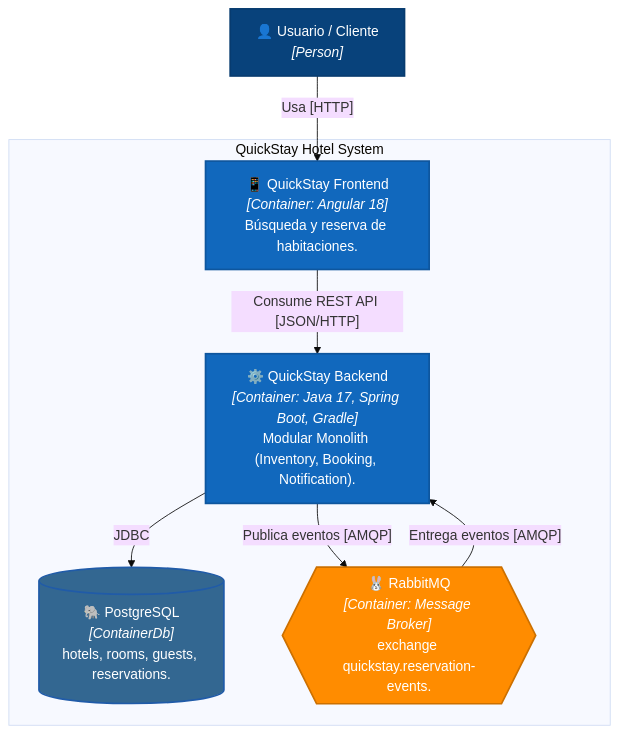
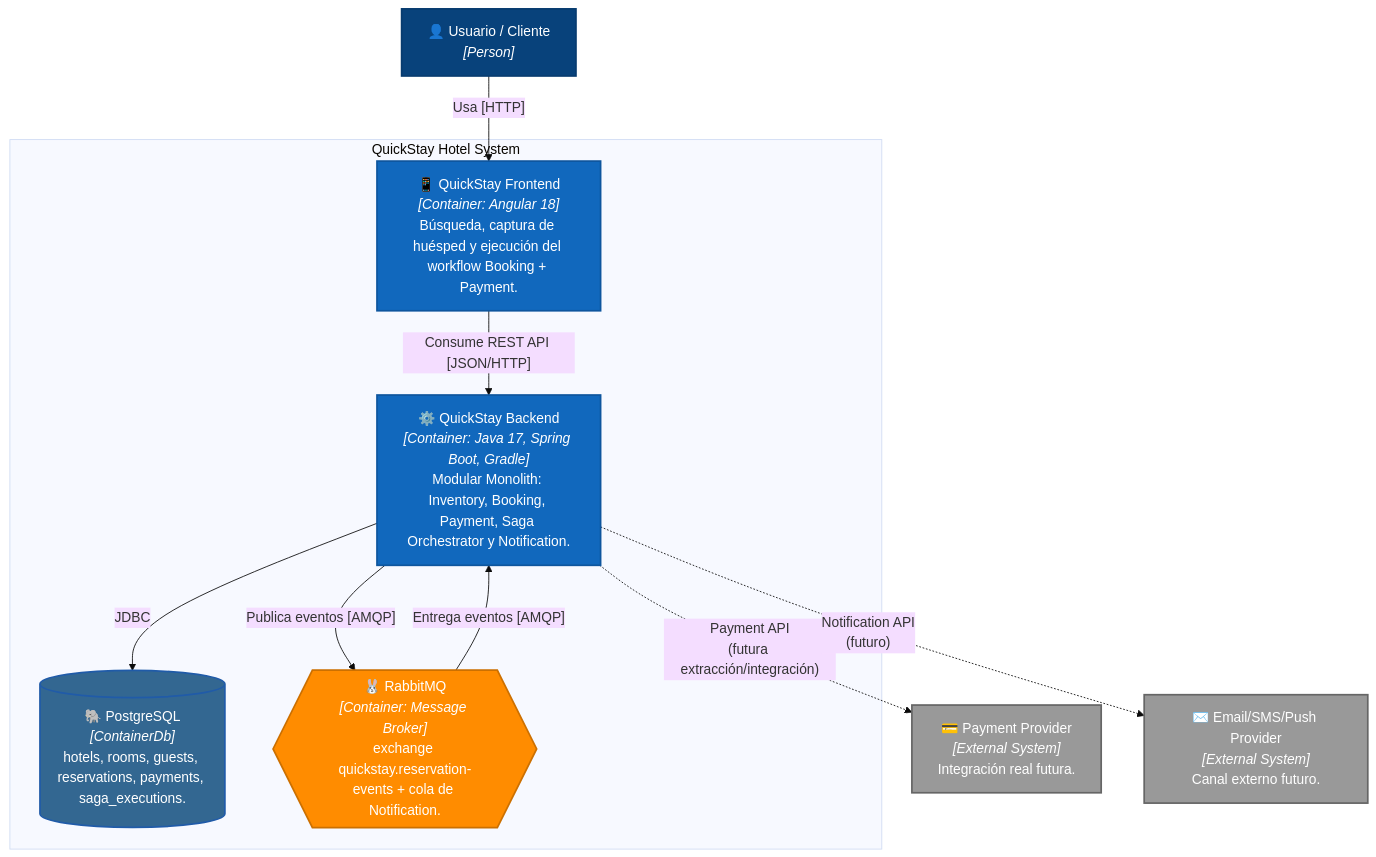
One commit to robertoq17/quickstay-hotel changed the second of 8 diagrams in README.md. Above: the diagram before and after it, drawn with Mermaid (base theme). The commit also changed other lines of this file, not shown here.

First line of the commit message:
add orchestration-based saga for booking and payment

````diff
--- a/README.md
+++ b/README.md
@@ -235,27 +240,34 @@
 ```mermaid
 graph TD
     user["👤 Usuario / Cliente<br/><i>[Person]</i>"]
 
     subgraph SystemBoundary["QuickStay Hotel System"]
-        frontend["📱 QuickStay Frontend<br/><i>[Container: Angular 18]</i><br/>Búsqueda y reserva de habitaciones."]
-        backend["⚙️ QuickStay Backend<br/><i>[Container: Java 17, Spring Boot, Gradle]</i><br/>Modular Monolith (Inventory, Booking, Notification)."]
-        database[("🐘 PostgreSQL<br/><i>[ContainerDb]</i><br/>hotels, rooms, guests, reservations.")]
-        broker{{"🐰 RabbitMQ<br/><i>[Container: Message Broker]</i><br/>exchange quickstay.reservation-events."}}
+        frontend["📱 QuickStay Frontend<br/><i>[Container: Angular 18]</i><br/>Búsqueda, captura de huésped y ejecución del workflow Booking + Payment."]
+        backend["⚙️ QuickStay Backend<br/><i>[Container: Java 17, Spring Boot, Gradle]</i><br/>Modular Monolith: Inventory, Booking, Payment, Saga Orchestrator y Notification."]
+        database[("🐘 PostgreSQL<br/><i>[ContainerDb]</i><br/>hotels, rooms, guests, reservations, payments, saga_executions.")]
+        broker{{"🐰 RabbitMQ<br/><i>[Container: Message Broker]</i><br/>exchange quickstay.reservation-events + cola de Notification."}}
     end
+
+    paymentProvider["💳 Payment Provider<br/><i>[External System]</i><br/>Integración real futura."]
+    notificationProvider["✉️ Email/SMS/Push Provider<br/><i>[External System]</i><br/>Canal externo futuro."]
 
     user -->|"Usa [HTTP]"| frontend
     frontend -->|"Consume REST API [JSON/HTTP]"| backend
     backend -->|"JDBC"| database
     backend -->|"Publica eventos [AMQP]"| broker
     broker -->|"Entrega eventos [AMQP]"| backend
+    backend -.->|"Payment API<br/>(futura extracción/integración)"| paymentProvider
+    backend -.->|"Notification API<br/>(futuro)"| notificationProvider
 
     classDef person fill:#08427b,color:#fff,stroke:#073b6f,stroke-width:2px;
     classDef container fill:#1168bd,color:#fff,stroke:#0e569e,stroke-width:2px;
     classDef db fill:#336791,color:#fff,stroke:#205ba8,stroke-width:2px;
     classDef broker fill:#ff8c00,color:#fff,stroke:#cc7000,stroke-width:2px;
+    classDef external fill:#999999,color:#fff,stroke:#666666,stroke-width:2px;
 
     class user person;
     class frontend,backend container;
     class database db;
     class broker broker;
+    class paymentProvider,notificationProvider external;
 ```
````
